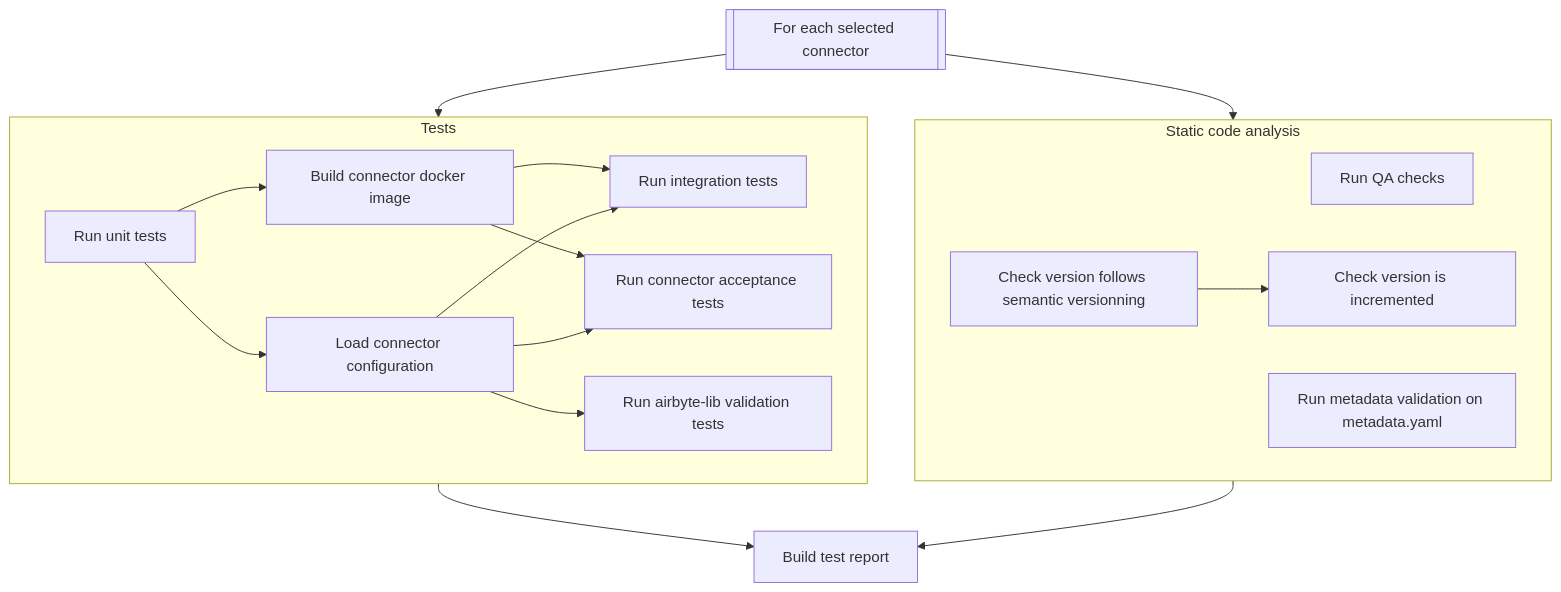
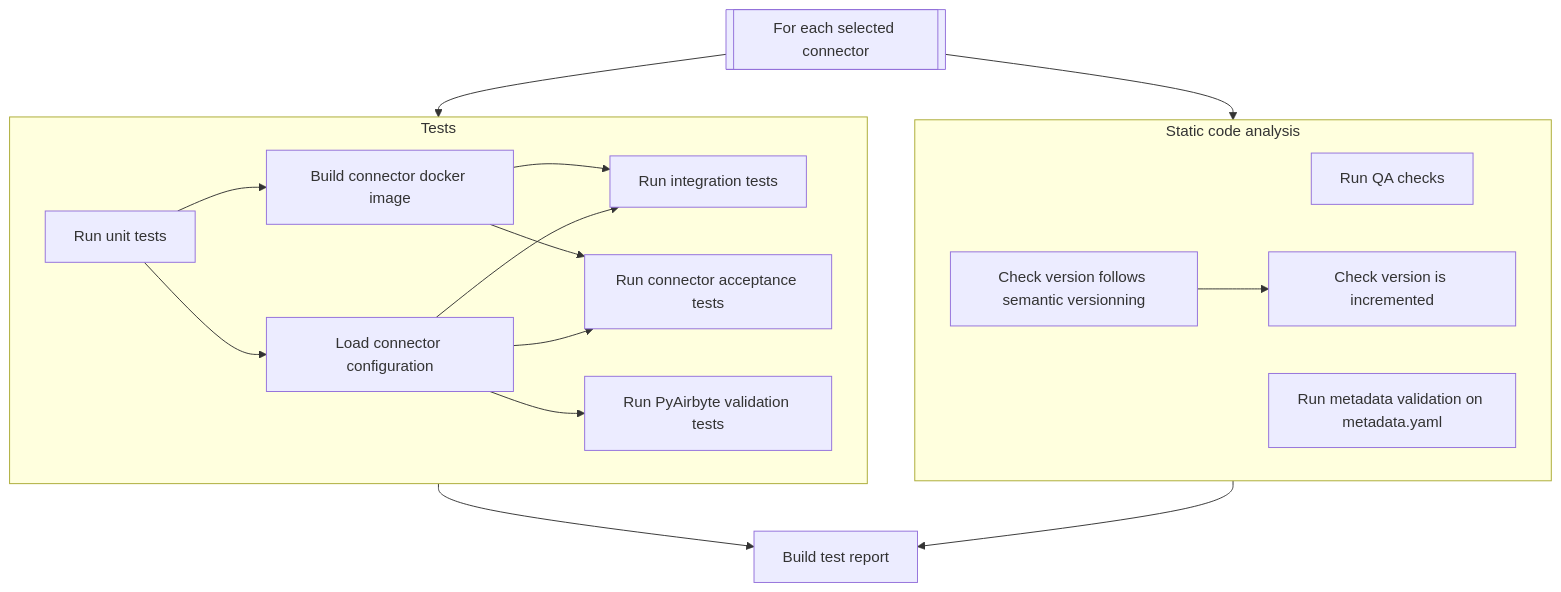
One commit to nobowned/airbyte changed the first of 5 diagrams in airbyte-ci/connectors/pipelines/README.md. Above: the diagram before and after it, drawn with Mermaid. The commit also changed other lines of this file and 17 other files, not shown here.

Commit message:
Alright, I cleaned up airbyte-lib references in docs

````diff
--- a/airbyte-ci/connectors/pipelines/README.md
+++ b/airbyte-ci/connectors/pipelines/README.md
@@ -260,32 +260,32 @@
 ```mermaid
 flowchart TD
     entrypoint[[For each selected connector]]
     subgraph static ["Static code analysis"]
       qa[Run QA checks]
       sem["Check version follows semantic versionning"]
       incr["Check version is incremented"]
       metadata_validation["Run metadata validation on metadata.yaml"]
       sem --> incr
     end
     subgraph tests ["Tests"]
         build[Build connector docker image]
         unit[Run unit tests]
         integration[Run integration tests]
-        airbyte_lib_validation[Run airbyte-lib validation tests]
+        pyairbyte_validation[Run PyAirbyte validation tests]
         cat[Run connector acceptance tests]
         secret[Load connector configuration]
 
         unit-->secret
         unit-->build
         secret-->integration
         secret-->cat
-        secret-->airbyte_lib_validation
+        secret-->pyairbyte_validation
         build-->integration
         build-->cat
     end
     entrypoint-->static
     entrypoint-->tests
     report["Build test report"]
     tests-->report
     static-->report
 ```
````
